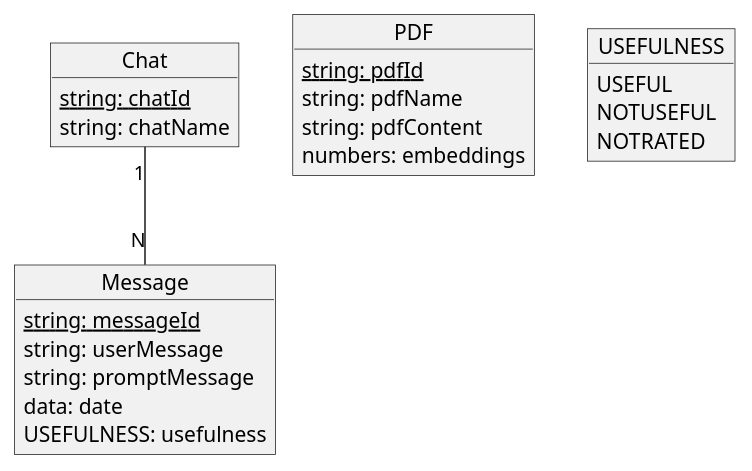
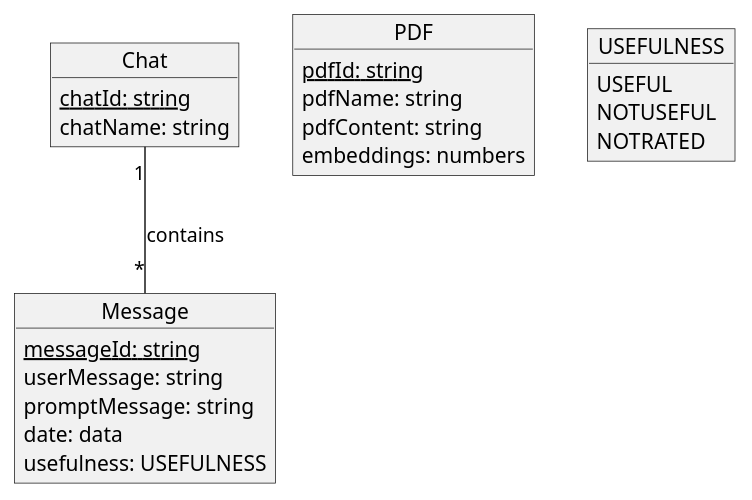
One commit to Haopeng138/UML changed the diagram in ModeloConceptualChatbot.puml. Above: the diagram before and after it, drawn with PlantUML. The commit also changed 1 other file, not shown here.

```diff
--- a/ModeloConceptualChatbot.puml
+++ b/ModeloConceptualChatbot.puml
@@ -1,31 +1,31 @@
 @startuml "Modelo Conceptual Chatbot"
 
 object Chat {
-    <u>string: chatId
-    string: chatName
+    <u>chatId: string
+    chatName: string
 }
 
 object Message {
-    <u>string: messageId
-    string: userMessage
-    string: promptMessage
-    data: date
-    USEFULNESS: usefulness
+    <u>messageId: string
+    userMessage: string
+    promptMessage: string
+    date: data
+    usefulness: USEFULNESS
 }
 
 object PDF {
-    <u>string: pdfId
-    string: pdfName
-    string: pdfContent
-    numbers: embeddings
+    <u>pdfId: string
+    pdfName: string
+    pdfContent: string
+    embeddings: numbers
 }
 
 object USEFULNESS {
     USEFUL
     NOTUSEFUL
     NOTRATED
 }
 
-Chat "1" -- "N" Message
+Chat "1" -- "*" Message : contains
 
 @enduml
```
